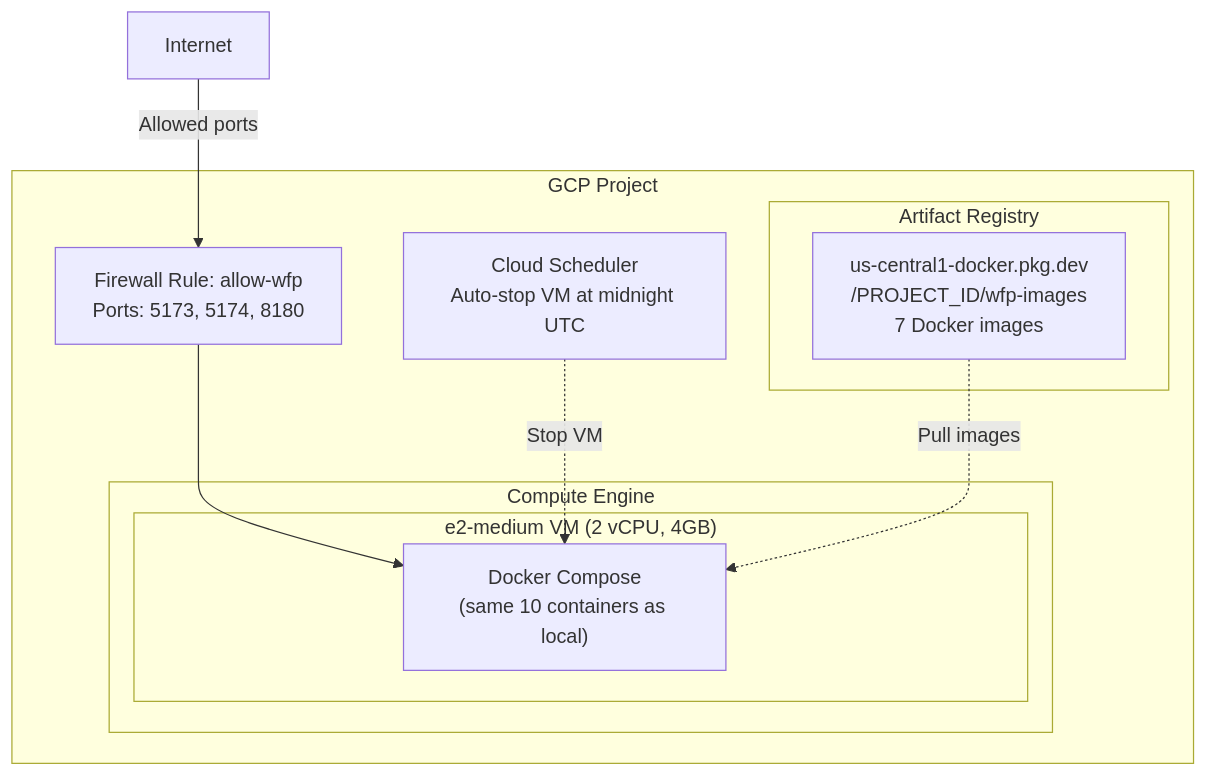
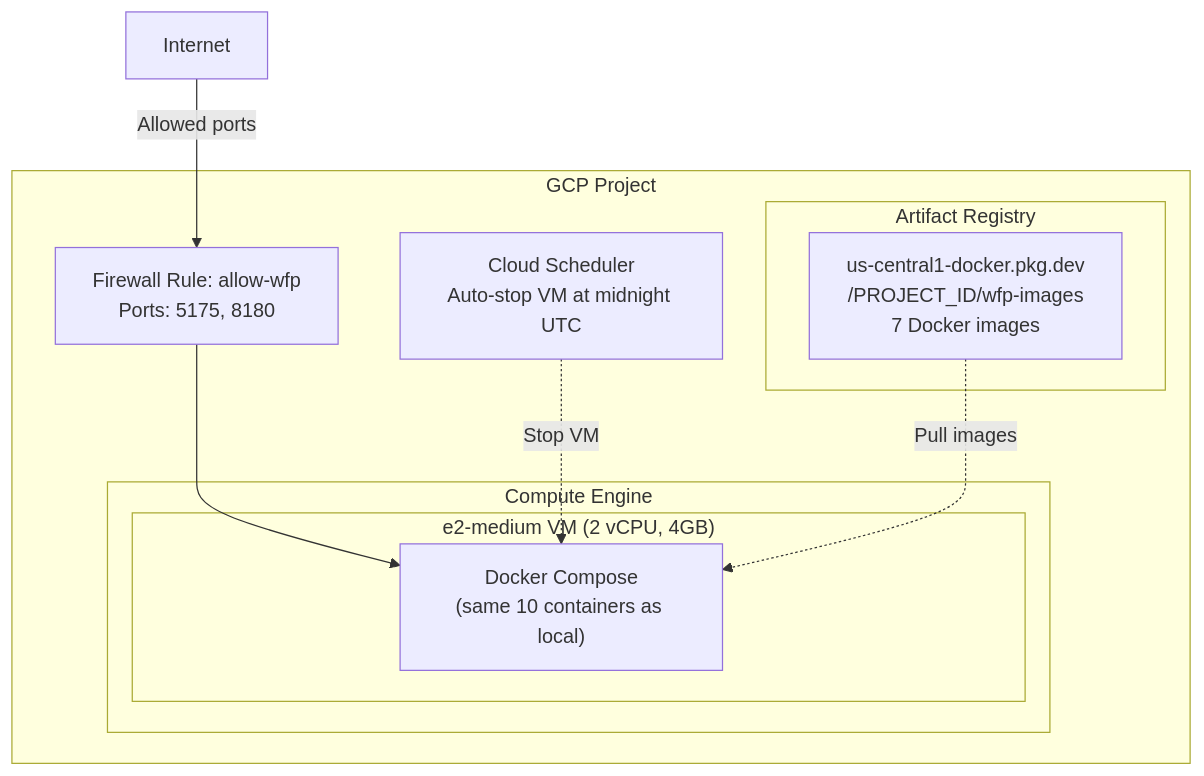
One commit to mszalus/workflow-platform changed the fifth of 6 diagrams in docs/architecture/c4-deployment.md. Above: the diagram before and after it, drawn with Mermaid. The commit also changed other lines of this file and 139 other files, not shown here.

````diff
--- a/docs/architecture/c4-deployment.md
+++ b/docs/architecture/c4-deployment.md
@@ -92,22 +87,22 @@
 ```mermaid
 flowchart TD
     subgraph "GCP Project"
         subgraph "Artifact Registry"
             AR["us-central1-docker.pkg.dev<br/>/PROJECT_ID/wfp-images<br/>7 Docker images"]
         end
 
         subgraph "Compute Engine"
             subgraph "e2-medium VM (2 vCPU, 4GB)"
                 DC["Docker Compose<br/>(same 10 containers as local)"]
             end
         end
 
-        FW["Firewall Rule: allow-wfp<br/>Ports: 5173, 5174, 8180"]
+        FW["Firewall Rule: allow-wfp<br/>Ports: 5175, 8180"]
         CS["Cloud Scheduler<br/>Auto-stop VM at midnight UTC"]
     end
 
     Internet["Internet"] -->|"Allowed ports"| FW
     FW --> DC
     CS -.->|"Stop VM"| DC
     AR -.->|"Pull images"| DC
 ```
````
